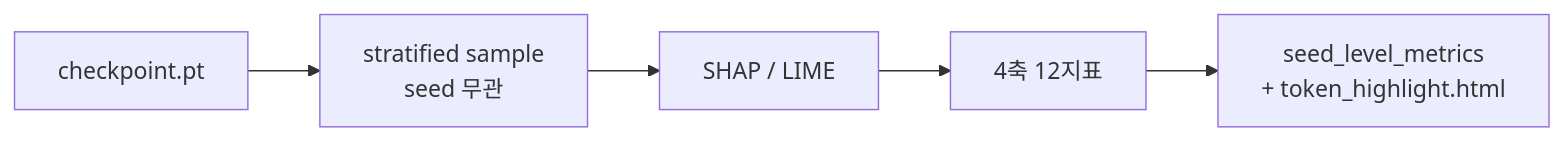
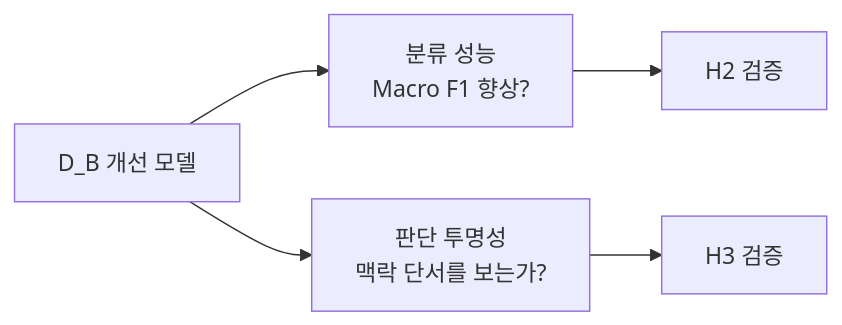
The seventh of 11 diagrams in v2/docs/24_architecture.md (WinterFlw/Big_data_Programming), drawn with Mermaid before and after one commit. The commit also changed other lines of this file, not shown here.

````diff
--- a/v2/docs/24_architecture.md
+++ b/v2/docs/24_architecture.md
@@ -93,4 +102,7 @@
 ```mermaid
 flowchart LR
-    ckpt[checkpoint.pt] --> sample[stratified sample<br/>seed 무관] --> shap[SHAP / LIME] --> axis[4축 12지표] --> metric[seed_level_metrics<br/>+ token_highlight.html]
+    DB[D_B 개선 모델] --> perf[분류 성능<br/>Macro F1 향상?]
+    DB --> trans[판단 투명성<br/>맥락 단서를 보는가?]
+    perf --> h2[H2 검증]
+    trans --> h3[H3 검증]
 ```
````
